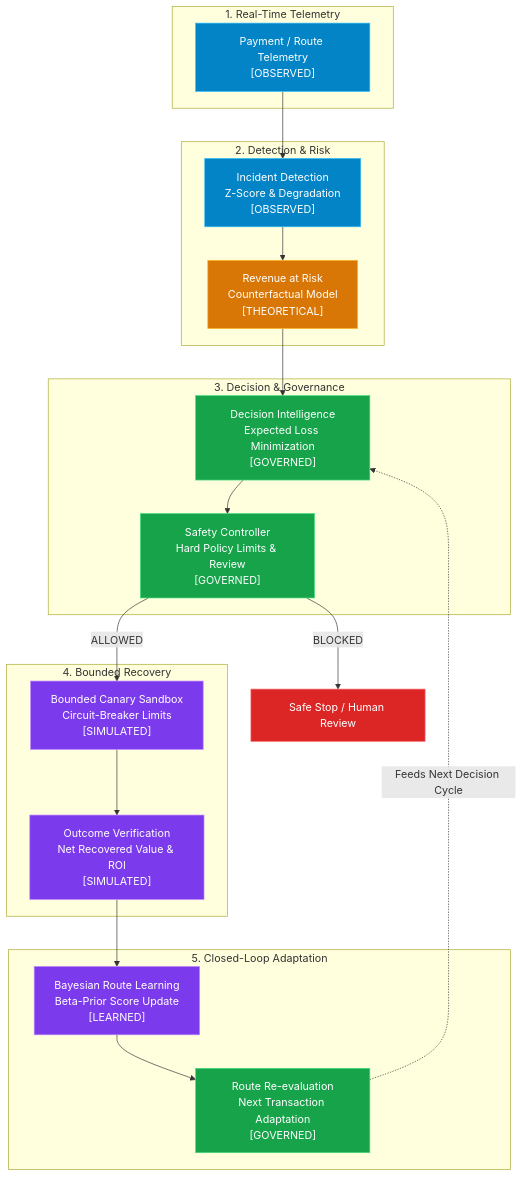
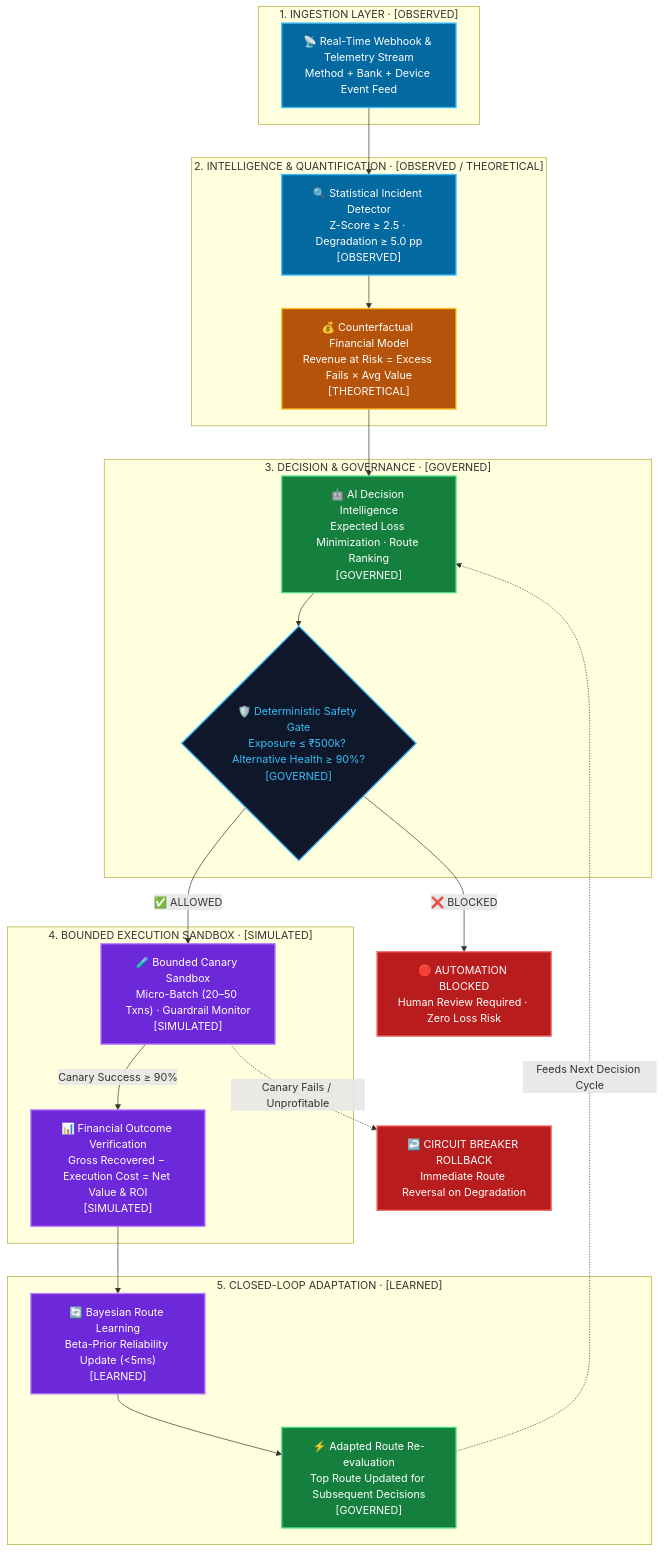
The first of 2 diagrams in README.md (yuktha2005/razorpay-ai-recovery), drawn with Mermaid before and after one commit. The commit also changed other lines of this file and 2 other files, not shown here.

Commit message:
docs: finalize RouteIQ visual README and architecture assets

````diff
--- a/README.md
+++ b/README.md
@@ -31,43 +59,58 @@
 ```mermaid
 flowchart TD
-    subgraph Telemetry ["1. Real-Time Telemetry"]
-        A["Payment / Route Telemetry\n[OBSERVED]"]
+    %% Telemetry Layer
+    subgraph L1 ["1. INGESTION LAYER · [OBSERVED]"]
+        A["📡 Real-Time Webhook & Telemetry Stream\nMethod + Bank + Device Event Feed"]
     end
 
-    subgraph Intelligence ["2. Detection & Risk"]
-        B["Incident Detection\nZ-Score & Degradation\n[OBSERVED]"]
-        C["Revenue at Risk\nCounterfactual Model\n[THEORETICAL]"]
+    %% Intelligence Layer
+    subgraph L2 ["2. INTELLIGENCE & QUANTIFICATION · [OBSERVED / THEORETICAL]"]
+        B["🔍 Statistical Incident Detector\nZ-Score ≥ 2.5 · Degradation ≥ 5.0 pp\n[OBSERVED]"]
+        C["💰 Counterfactual Financial Model\nRevenue at Risk = Excess Fails × Avg Value\n[THEORETICAL]"]
     end
 
-    subgraph Decision ["3. Decision & Governance"]
-        D["Decision Intelligence\nExpected Loss Minimization\n[GOVERNED]"]
-        E["Safety Controller\nHard Policy Limits & Review\n[GOVERNED]"]
+    %% Decision & Governance Layer
+    subgraph L3 ["3. DECISION & GOVERNANCE · [GOVERNED]"]
+        D["🤖 AI Decision Intelligence\nExpected Loss Minimization · Route Ranking\n[GOVERNED]"]
+        E{"🛡️ Deterministic Safety Gate\nExposure ≤ ₹500k? Alternative Health ≥ 90%?\n[GOVERNED]"}
     end
 
-    subgraph Execution ["4. Bounded Recovery"]
-        F["Bounded Canary Sandbox\nCircuit-Breaker Limits\n[SIMULATED]"]
-        G["Outcome Verification\nNet Recovered Value & ROI\n[SIMULATED]"]
+    %% Bounded Execution Layer
+    subgraph L4 ["4. BOUNDED EXECUTION SANDBOX · [SIMULATED]"]
+        F["🧪 Bounded Canary Sandbox\nMicro-Batch (20–50 Txns) · Guardrail Monitor\n[SIMULATED]"]
+        G["📊 Financial Outcome Verification\nGross Recovered − Execution Cost = Net Value & ROI\n[SIMULATED]"]
     end
 
-    subgraph Learning ["5. Closed-Loop Adaptation"]
-        H["Bayesian Route Learning\nBeta-Prior Score Update\n[LEARNED]"]
-        I["Route Re-evaluation\nNext Transaction Adaptation\n[GOVERNED]"]
+    %% Closed Loop Layer
+    subgraph L5 ["5. CLOSED-LOOP ADAPTATION · [LEARNED]"]
+        H["🔄 Bayesian Route Learning\nBeta-Prior Reliability Update (<5ms)\n[LEARNED]"]
+        I["⚡ Adapted Route Re-evaluation\nTop Route Updated for Subsequent Decisions\n[GOVERNED]"]
     end
 
+    %% Emergency Branches
+    J["🛑 AUTOMATION BLOCKED\nHuman Review Required · Zero Loss Risk"]
+    K["↩️ CIRCUIT BREAKER ROLLBACK\nImmediate Route Reversal on Degradation"]
+
+    %% Flow Connections
     A --> B --> C --> D --> E
-    E -->|ALLOWED| F --> G --> H --> I
-    E -->|BLOCKED| J["Safe Stop / Human Review"]
+    E -->|✅ ALLOWED| F
+    E -->|❌ BLOCKED| J
+    F -->|Canary Success ≥ 90%| G --> H --> I
+    F -.->|Canary Fails / Unprofitable| K
     I -.->|Feeds Next Decision Cycle| D
 
-    classDef obs fill:#0284c7,stroke:#38bdf8,color:#fff;
-    classDef theo fill:#d97706,stroke:#fbbf24,color:#fff;
-    classDef gov fill:#16a34a,stroke:#4ade80,color:#fff;
-    classDef sim fill:#7c3aed,stroke:#c084fc,color:#fff;
-    classDef blk fill:#dc2626,stroke:#f87171,color:#fff;
+    %% Color Styling
+    classDef obs fill:#0369a1,stroke:#38bdf8,stroke-width:2px,color:#ffffff;
+    classDef theo fill:#b45309,stroke:#fbbf24,stroke-width:2px,color:#ffffff;
+    classDef gov fill:#15803d,stroke:#4ade80,stroke-width:2px,color:#ffffff;
+    classDef sim fill:#6d28d9,stroke:#c084fc,stroke-width:2px,color:#ffffff;
+    classDef blk fill:#b91c1c,stroke:#f87171,stroke-width:2px,color:#ffffff;
+    classDef decision fill:#0f172a,stroke:#38bdf8,stroke-width:2px,color:#38bdf8;
 
     class A,B obs;
     class C theo;
-    class D,E,I gov;
+    class D,I gov;
+    class E decision;
     class F,G,H sim;
-    class J blk;
+    class J,K blk;
 ```
````
